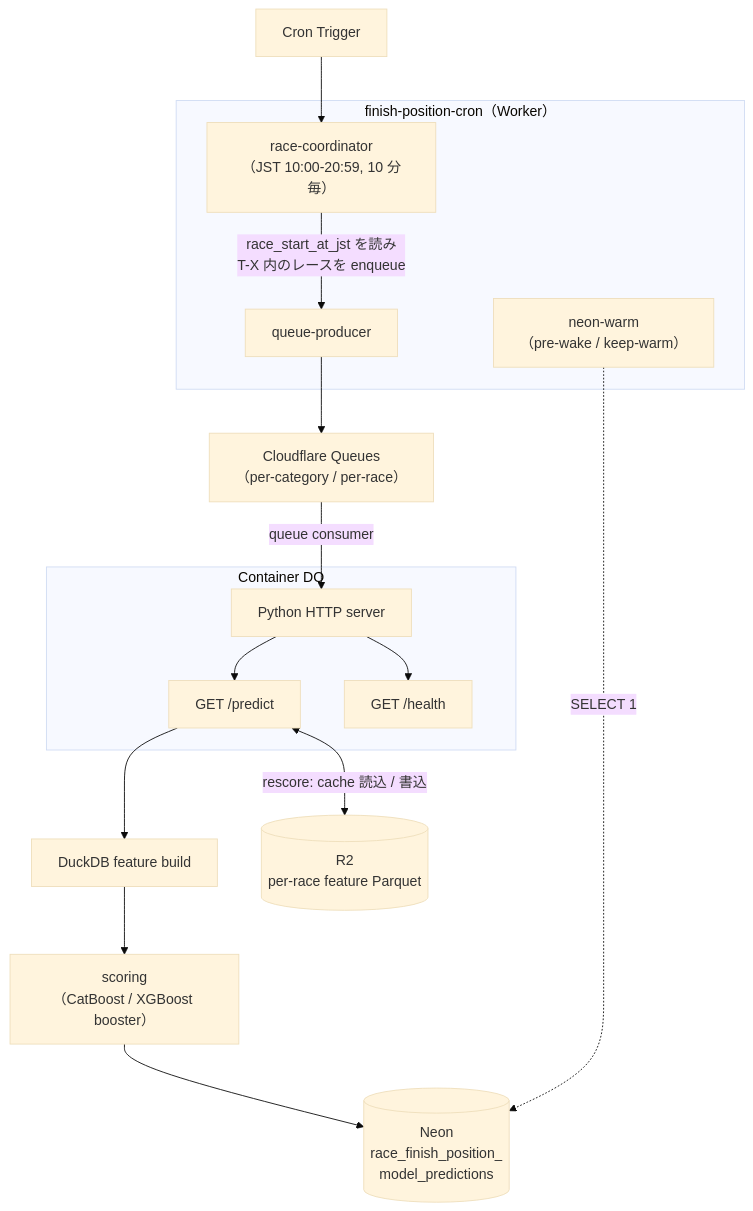
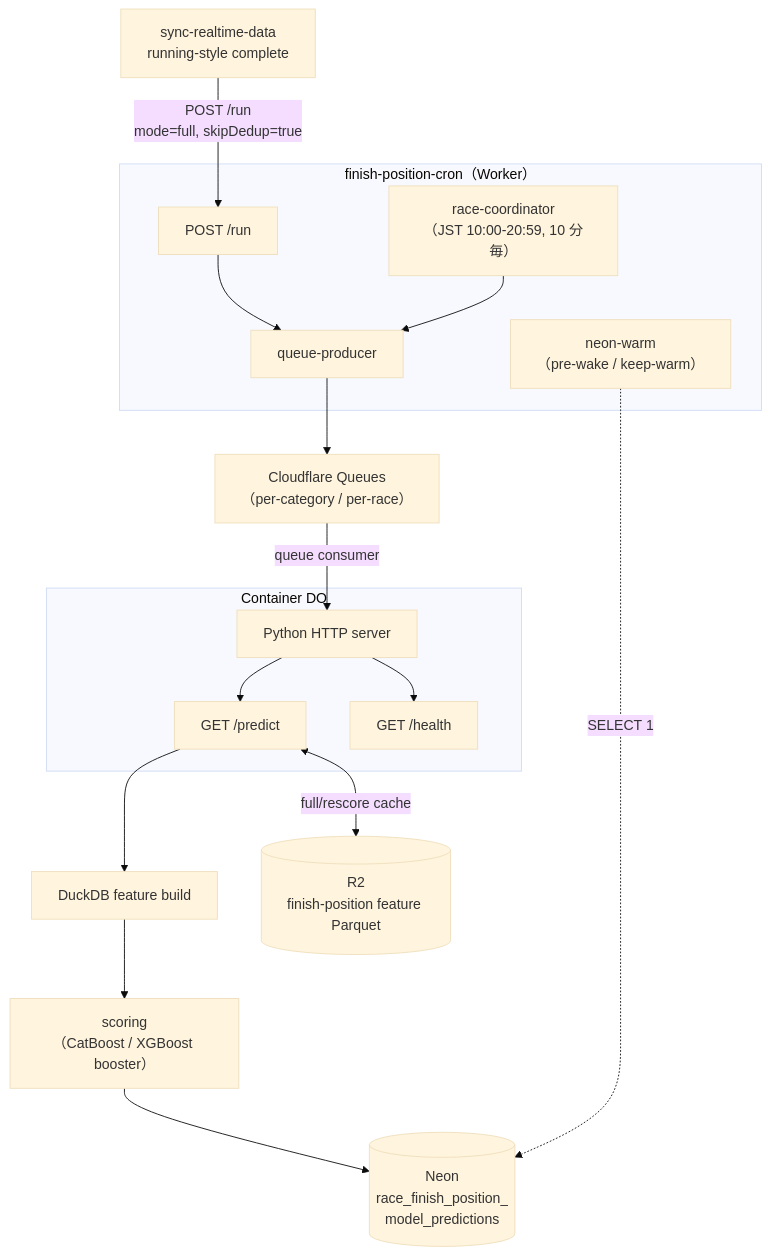
Before and after one commit to kkkaoru/horse-racing-data: the fourth of 10 diagrams in docs/finish-position-prediction-system.md, drawn with Mermaid (base theme). The commit also changed other lines of this file and 16 other files, not shown here.

````diff
--- a/docs/finish-position-prediction-system.md
+++ b/docs/finish-position-prediction-system.md
@@ -152,29 +286,31 @@
 ```mermaid
 flowchart TB
-    CRONTRIG["Cron Trigger"]
     subgraph CRONW["finish-position-cron（Worker）"]
+        TRIG["POST /run"]
         COORD["race-coordinator<br/>（JST 10:00-20:59, 10 分毎）"]
         PRODUCER["queue-producer"]
         NEONWARM["neon-warm<br/>（pre-wake / keep-warm）"]
+        TRIG --> PRODUCER
+        COORD --> PRODUCER
     end
     QUEUE["Cloudflare Queues<br/>（per-category / per-race）"]
     subgraph DOBJ["Container DO"]
         SERVER["Python HTTP server"]
         EP1["GET /predict"]
         EP2["GET /health"]
         SERVER --> EP1
         SERVER --> EP2
     end
     DUCKBUILD["DuckDB feature build"]
     SCORE["scoring<br/>（CatBoost / XGBoost booster）"]
-    NEON[("Neon<br/>race_finish_position_<br/>model_predictions")]
-    R2[("R2<br/>per-race feature Parquet")]
+    FPNEON[("Neon<br/>race_finish_position_<br/>model_predictions")]
+    R2FP[("R2<br/>finish-position feature Parquet")]
 
-    CRONTRIG --> COORD
-    COORD -->|"race_start_at_jst を読み<br/>T-X 内のレースを enqueue"| PRODUCER
+    UPSTREAM["sync-realtime-data<br/>running-style complete"]
+    UPSTREAM -->|"POST /run<br/>mode=full, skipDedup=true"| TRIG
     PRODUCER --> QUEUE
     QUEUE -->|"queue consumer"| SERVER
-    EP1 --> DUCKBUILD --> SCORE --> NEON
-    EP1 <-->|"rescore: cache 読込 / 書込"| R2
-    NEONWARM -.->|"SELECT 1"| NEON
+    EP1 --> DUCKBUILD --> SCORE --> FPNEON
+    EP1 <-->|"full/rescore cache"| R2FP
+    NEONWARM -.->|"SELECT 1"| FPNEON
 ```
````
